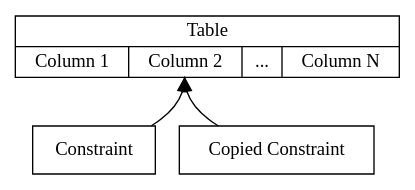
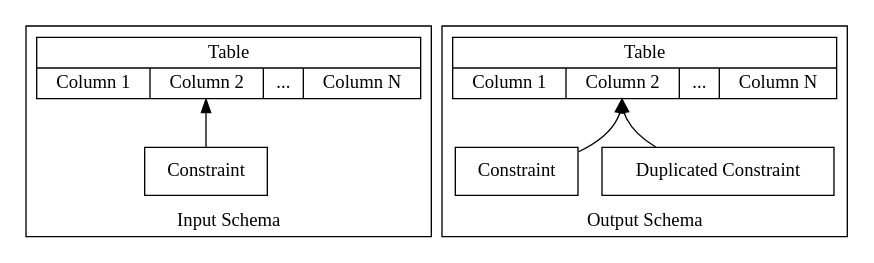
The diagram in diagrams/semanticconstraint.gv (gkapfham/seke2015-paper), drawn with Graphviz before and after one commit. The commit also changed 1 other file, not shown here.

Commit message:
added a diagram

```diff
--- a/diagrams/semanticconstraint.gv
+++ b/diagrams/semanticconstraint.gv
@@ -1,8 +1,22 @@
 digraph G {
     rankdir=BT;
+    compound=true;
+    subgraph cluster_0 {
+    label="Input Schema";
     table [shape=record,label="{Table|{Column 1|<c2> Column 2|...|Column N}}"];
     Constraint [shape=box];
-    Constraint2 [shape=box,label="Copied Constraint"];
     Constraint -> table:c2;
-    Constraint2 -> table:c2;
+    }
+
+
+    subgraph cluster_1 {
+    label="Output Schema";
+    table2 [shape=record,label="{Table|{Column 1|<c2> Column 2|...|Column N}}"];
+    Constraint3 [shape=box,label="Duplicated Constraint"];
+    Constraint2 [shape=box,label="Constraint"];
+    Constraint2 -> table2:c2;
+    Constraint3 -> table2:c2;
+    }
+
+    
 }
```
